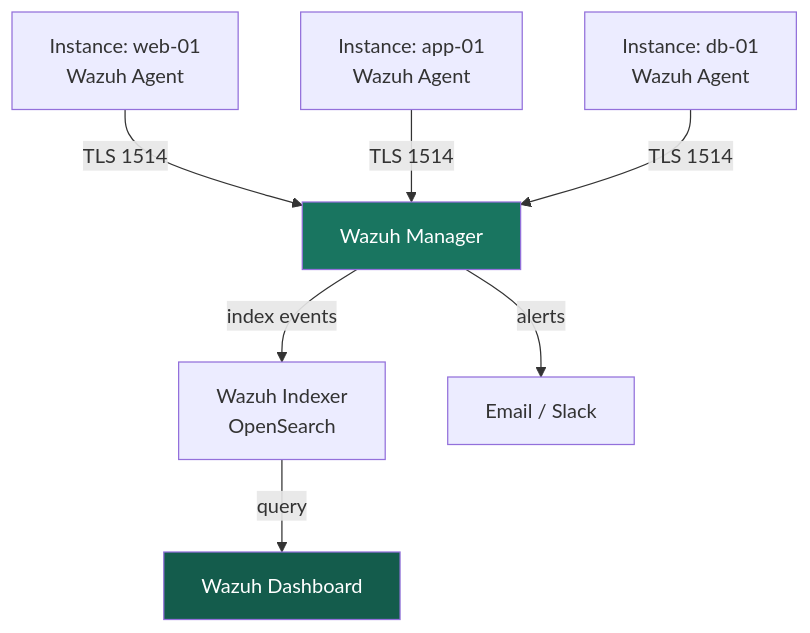
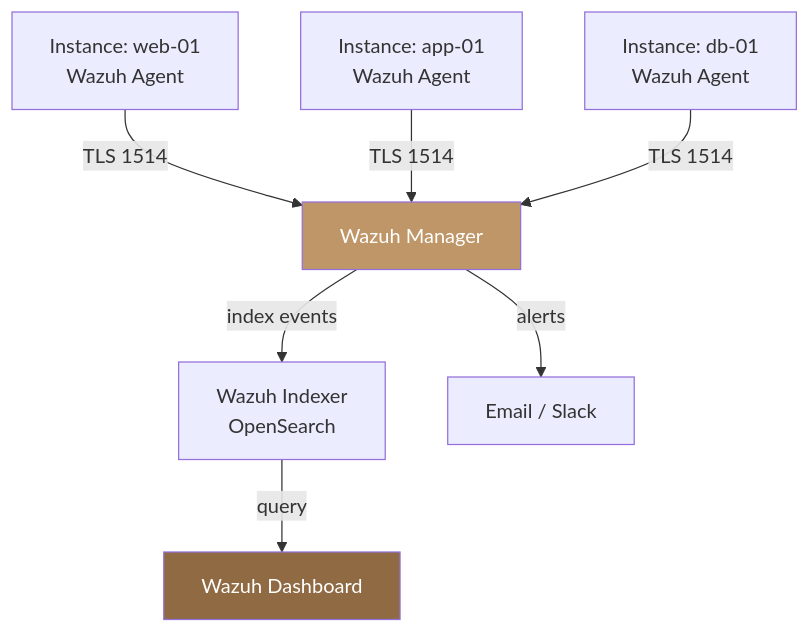
Before and after one commit to ankur-kumar87/docs-polystack: the diagram in integrations/wazuh.mdx, drawn with Mermaid. The commit also changed other lines of this file and 395 other files, not shown here.

````diff
--- a/integrations/wazuh.mdx
+++ b/integrations/wazuh.mdx
@@ -28,11 +28,11 @@
 ```mermaid
 graph TD
     A1[Instance: web-01<br/>Wazuh Agent] -->|TLS 1514| MGR[Wazuh Manager]
     A2[Instance: app-01<br/>Wazuh Agent] -->|TLS 1514| MGR
     A3[Instance: db-01<br/>Wazuh Agent] -->|TLS 1514| MGR
     MGR -->|index events| IDX[Wazuh Indexer<br/>OpenSearch]
     IDX -->|query| DASH[Wazuh Dashboard]
     MGR -->|alerts| EMAIL[Email / Slack]
-    style MGR fill:#197560,color:#fff
-    style DASH fill:#145C4C,color:#fff
+    style MGR fill:#bf9667,color:#fff
+    style DASH fill:#8f6a43,color:#fff
 ```
````
